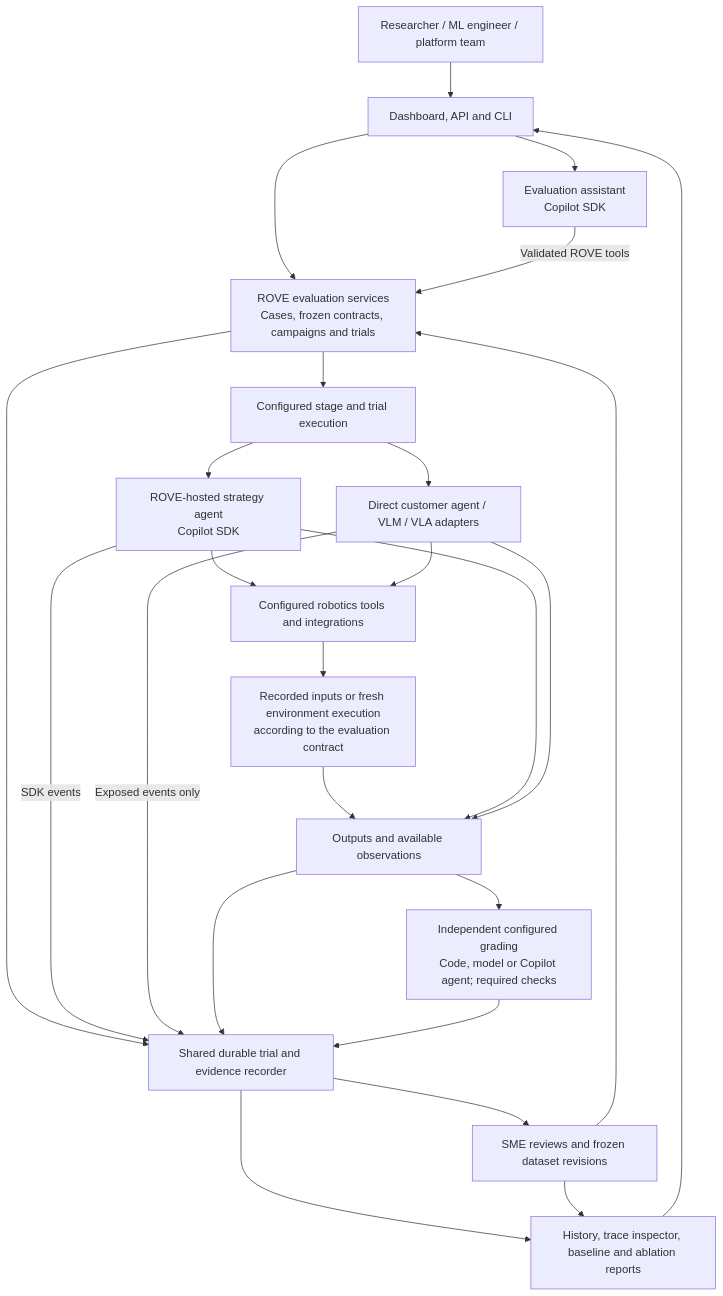
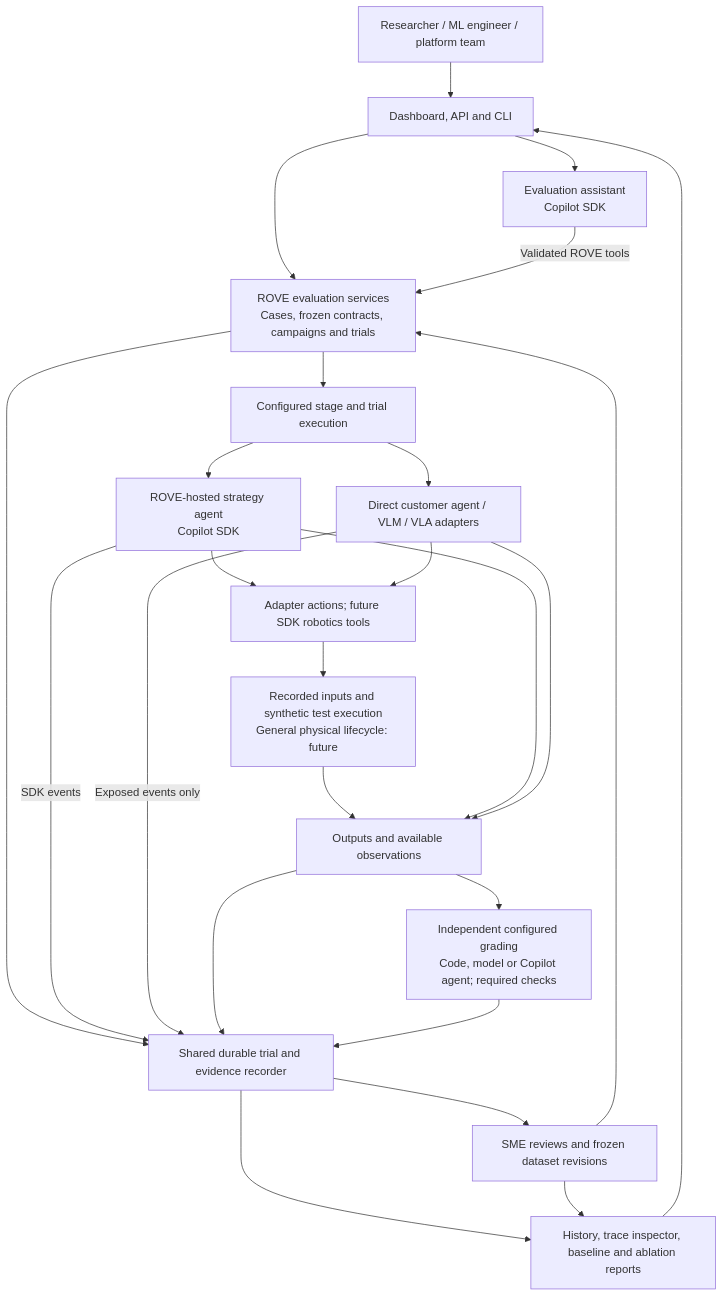
Before and after one commit to niksacdev/rove: the diagram in docs/architecture/target-architecture.md, drawn with Mermaid. The commit also changed other lines of this file and 42 other files, not shown here.

````diff
--- a/docs/architecture/target-architecture.md
+++ b/docs/architecture/target-architecture.md
@@ -18,27 +21,27 @@
 ```mermaid
 flowchart TB
     USER["Researcher / ML engineer / platform team"] --> UI["Dashboard, API and CLI"]
     UI --> CORE["ROVE evaluation services<br/>Cases, frozen contracts, campaigns and trials"]
     UI --> ASSIST["Evaluation assistant<br/>Copilot SDK"]
     ASSIST -->|"Validated ROVE tools"| CORE
     CORE --> DISPATCH["Configured stage and trial execution"]
     DISPATCH --> HOSTED["ROVE-hosted strategy agent<br/>Copilot SDK"]
     DISPATCH --> DIRECT["Direct customer agent / VLM / VLA adapters"]
-    HOSTED --> TOOLS["Configured robotics tools and integrations"]
+    HOSTED --> TOOLS["Adapter actions; future SDK robotics tools"]
     DIRECT --> TOOLS
-    TOOLS --> ENV["Recorded inputs or fresh environment execution<br/>according to the evaluation contract"]
+    TOOLS --> ENV["Recorded inputs and synthetic test execution<br/>General physical lifecycle: future"]
     ENV --> EVID["Outputs and available observations"]
     HOSTED --> EVID
     DIRECT --> EVID
     EVID --> GRADE["Independent configured grading<br/>Code, model or Copilot agent; required checks"]
     CORE --> REC["Shared durable trial and evidence recorder"]
     HOSTED -->|"SDK events"| REC
     DIRECT -->|"Exposed events only"| REC
     EVID --> REC
     GRADE --> REC
     REC --> REVIEW["SME reviews and frozen dataset revisions"]
     REVIEW --> CORE
     REC --> REPORT["History, trace inspector, baseline and ablation reports"]
     REVIEW --> REPORT
     REPORT --> UI
 ```
````
